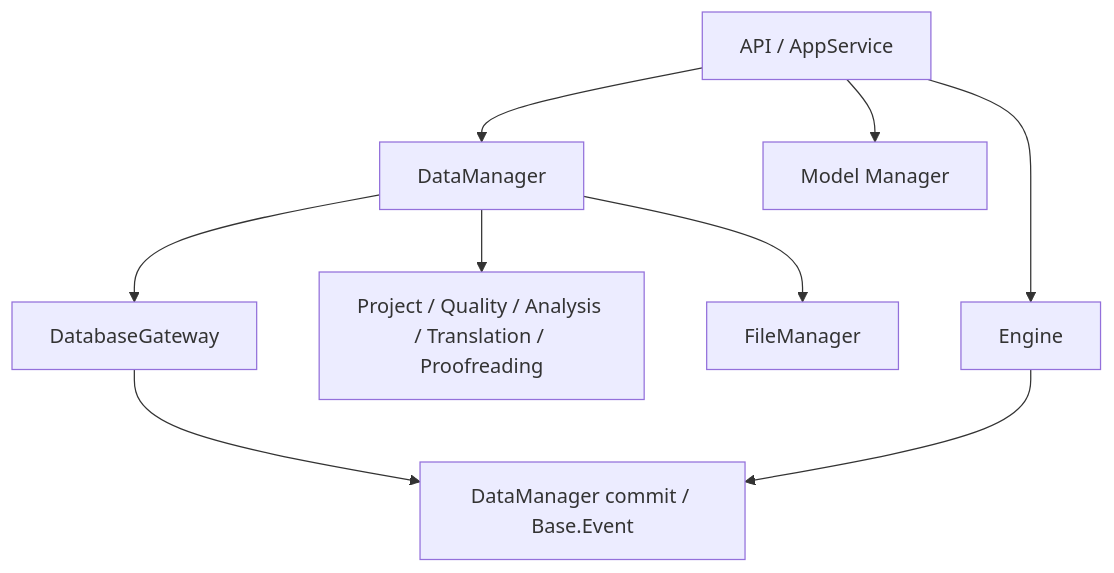
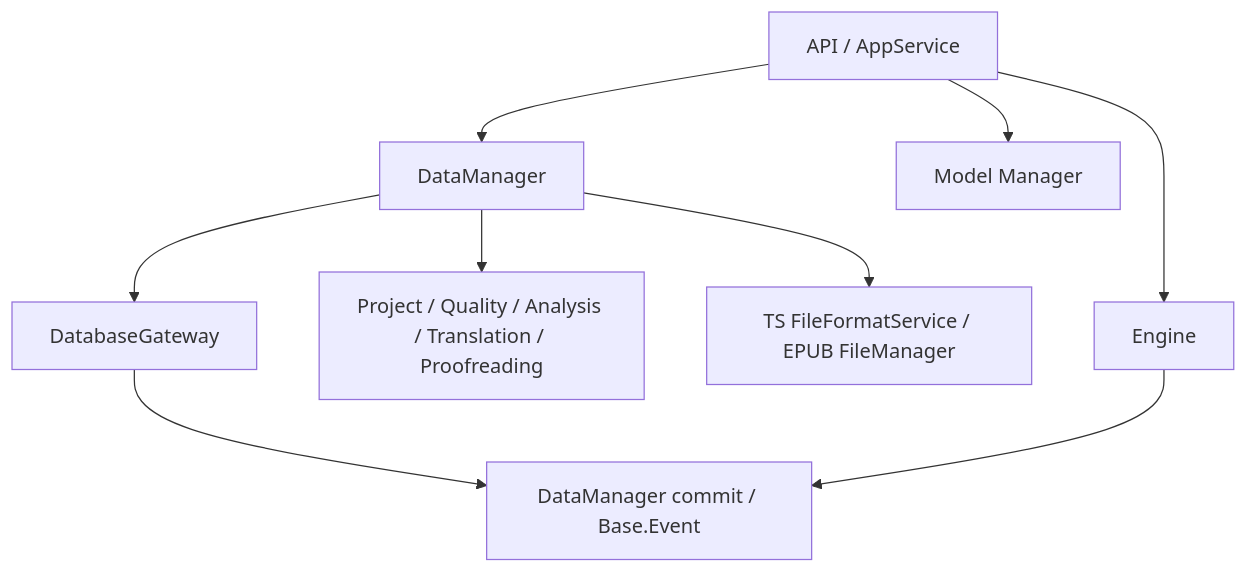
Before and after one commit to neavo/LinguaGacha: the first of 4 diagrams in docs/DATA.md, drawn with Mermaid. The commit also changed other lines of this file and 103 other files, not shown here.

````diff
--- a/docs/DATA.md
+++ b/docs/DATA.md
@@ -15,11 +16,11 @@
 ```mermaid
 flowchart TD
     A["API / AppService"] --> B["DataManager"]
     A --> C["Engine"]
     B --> D["Project / Quality / Analysis / Translation / Proofreading"]
-    B --> E["FileManager"]
+    B --> E["TS FileFormatService / EPUB FileManager"]
     B --> F["DatabaseGateway"]
     F --> H["Electron main database service"]
     A --> G["Model Manager"]
     C --> H["DataManager commit / Base.Event"]
 ```
````
